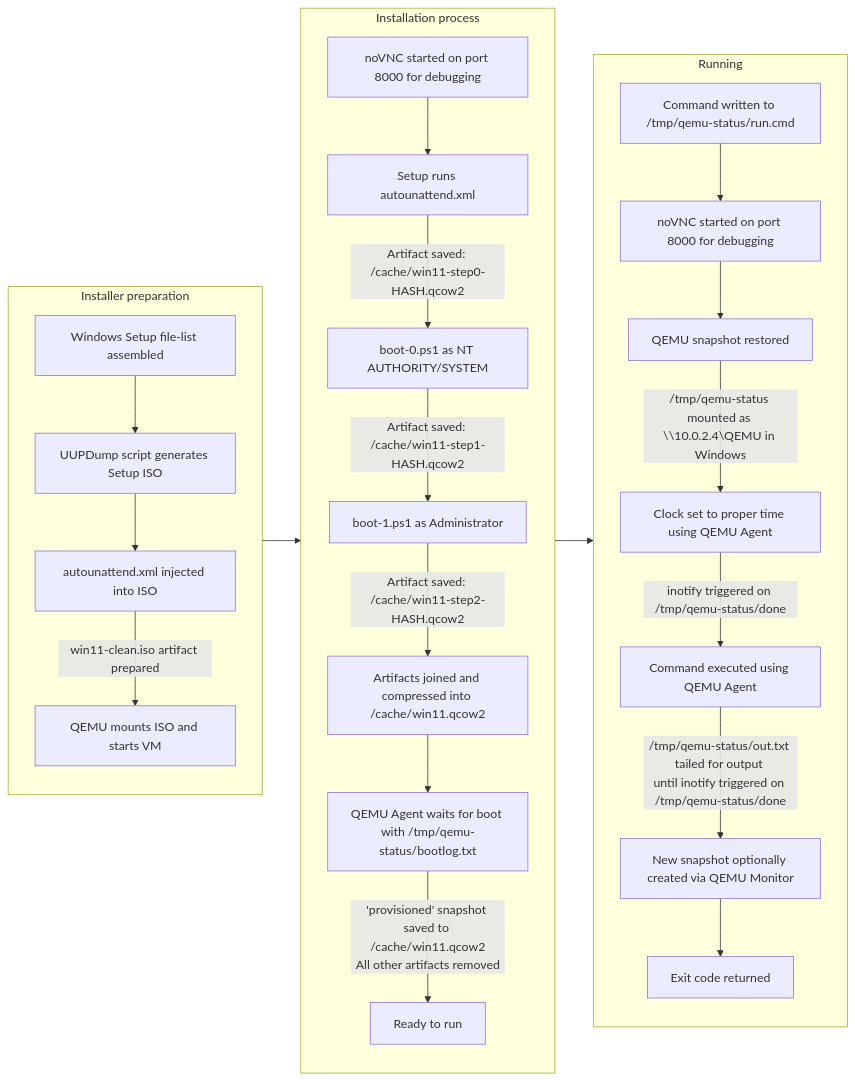
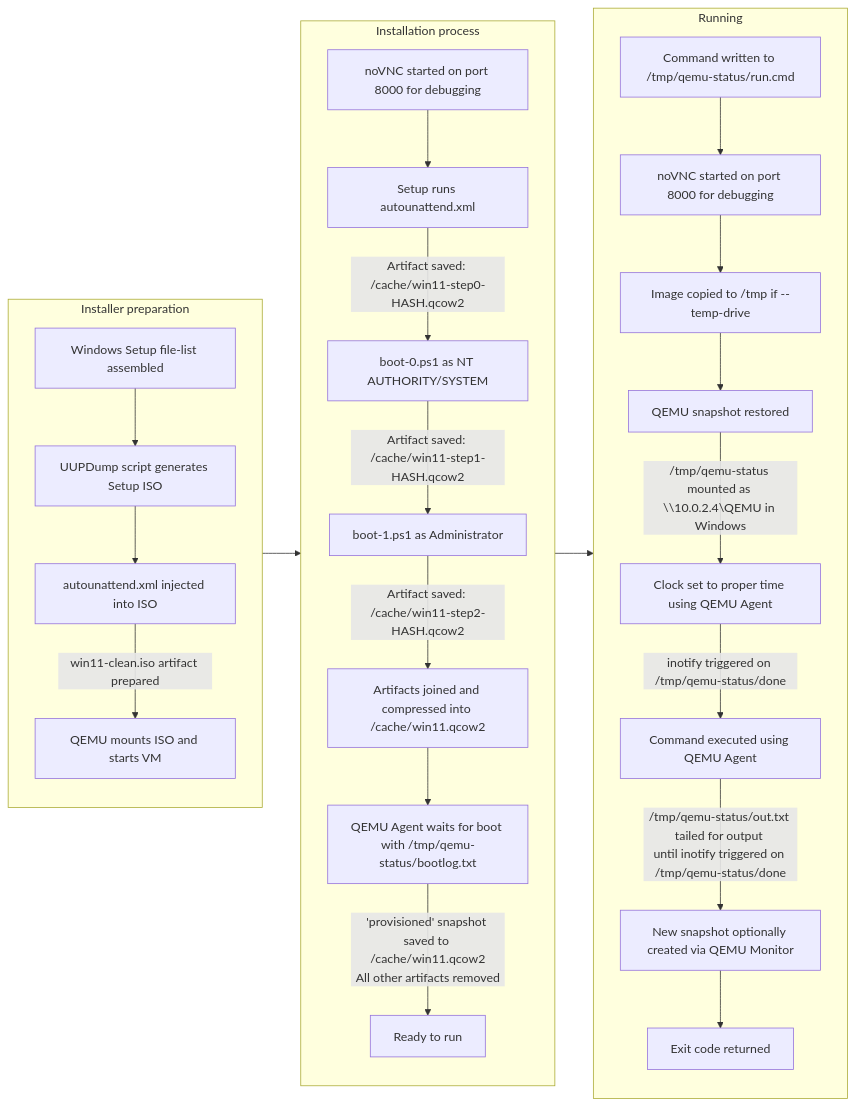
Before and after one commit to lg/osrun: the first of 5 diagrams in README.md, drawn with Mermaid. The commit also changed other lines of this file and 1 other file, not shown here.

Commit message:
added `--temp-drive` flag to make main volume not keep growing

````diff
--- a/README.md
+++ b/README.md
@@ -69,47 +71,49 @@
 ```mermaid
 flowchart LR
   subgraph Z["Installer preparation"]
     A["Windows Setup file-list assembled"]
     -->
     A1["UUPDump script generates Setup ISO"]
     -->
     A2["autounattend.xml injected into ISO"]
     --"win11-clean.iso artifact prepared"-->
     A3["QEMU mounts ISO and starts VM"]
   end
 
   subgraph ZA["Installation process"]
     B-1["noVNC started on port 8000 for debugging"]
     -->
     B["Setup runs autounattend.xml"]
     --Artifact saved: /cache/win11-step0-HASH.qcow2-->
     B1["boot-0.ps1 as NT AUTHORITY/SYSTEM"]
     --Artifact saved: /cache/win11-step1-HASH.qcow2-->
     B2["boot-1.ps1 as Administrator"]
     --Artifact saved: /cache/win11-step2-HASH.qcow2-->
     B2.1["Artifacts joined and compressed into /cache/win11.qcow2"]
     -->
     B3["QEMU Agent waits for boot with /tmp/qemu-status/bootlog.txt"]
     --'provisioned' snapshot saved to /cache/win11.qcow2\nAll other artifacts removed-->
     B4["Ready to run"]
   end
 
   subgraph ZB["Running"]
     C["Command written to /tmp/qemu-status/run.cmd"]
     -->
     C0["noVNC started on port 8000 for debugging"]
     -->
+    C0.1["Image copied to /tmp if --temp-drive"]
+    -->
     C1["QEMU snapshot restored"]
     --/tmp/qemu-status mounted as \\10.0.2.4\QEMU in Windows-->
     C2["Clock set to proper time using QEMU Agent"]
     --inotify triggered on /tmp/qemu-status/done-->
     C3["Command executed using QEMU Agent"]
     --/tmp/qemu-status/out.txt tailed for output \nuntil inotify triggered on /tmp/qemu-status/done-->
     C4["New snapshot optionally created via QEMU Monitor"]
     -->
     C5["Exit code returned"]
   end
 
   Z-->ZA
   ZA-->ZB
 ```
````
